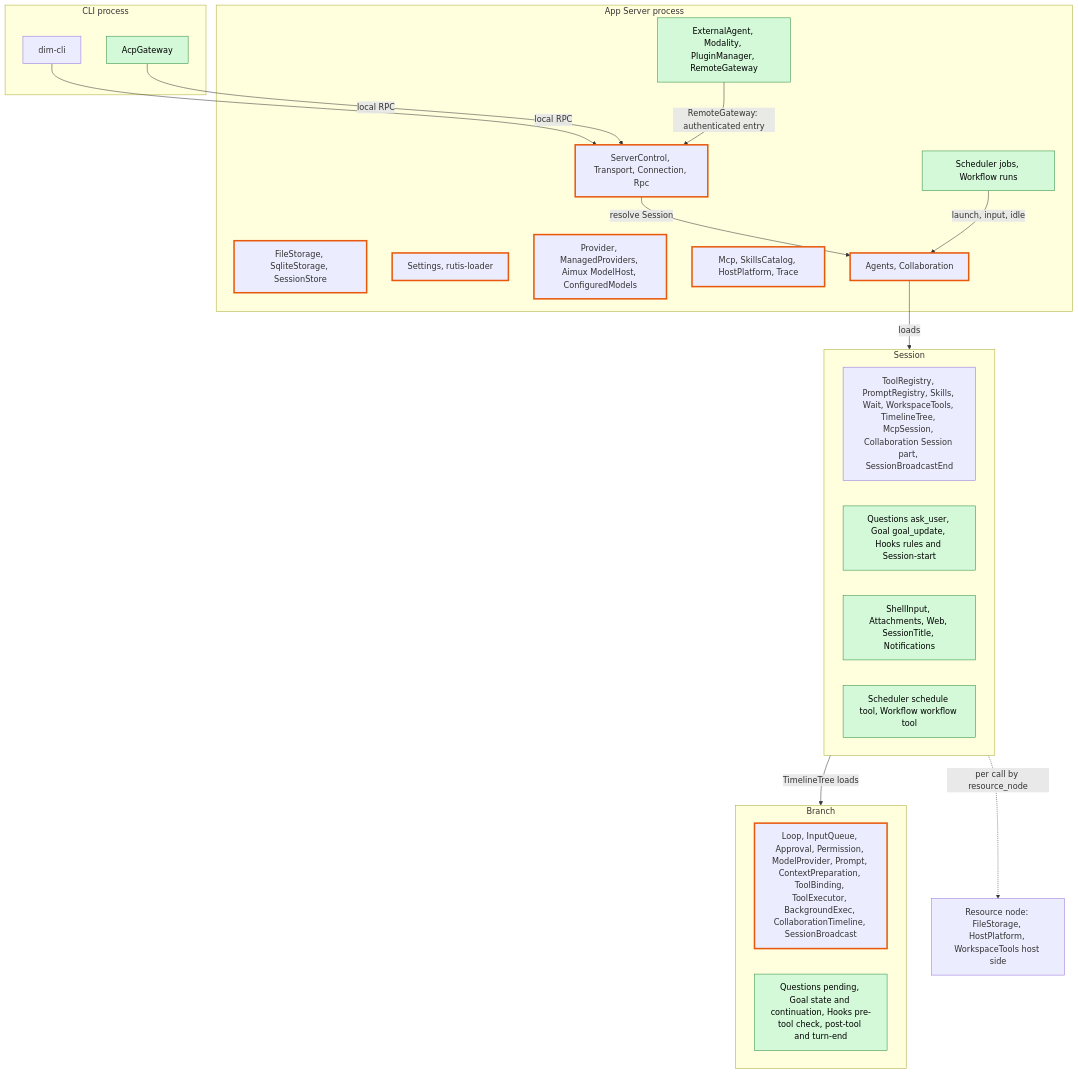
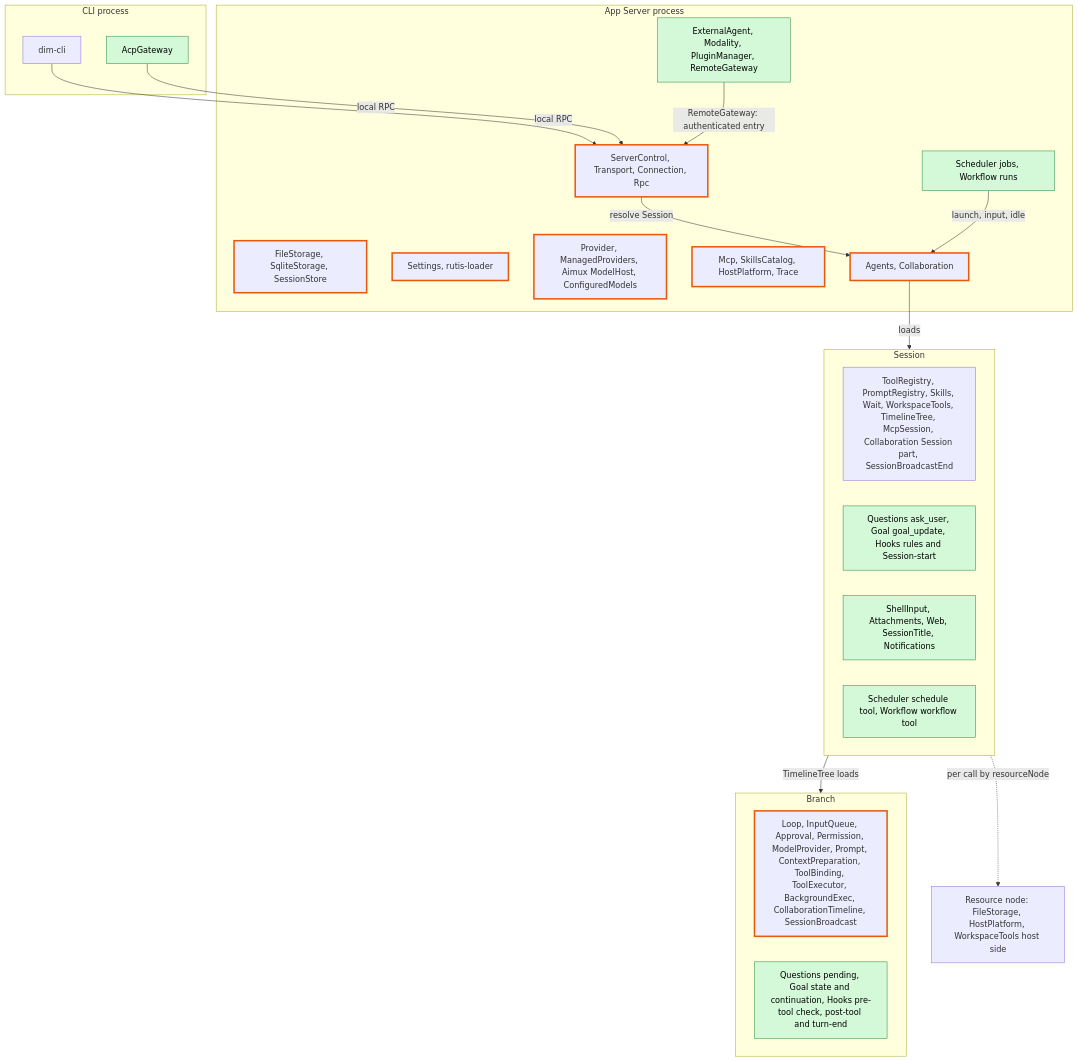
One commit to CoutinhoTTS/dim-agent changed the first of 8 diagrams in docs/design/overview.md. Above: the diagram before and after it, drawn with Mermaid. The commit also changed other lines of this file and 12 other files, not shown here.

````diff
--- a/docs/design/overview.md
+++ b/docs/design/overview.md
@@ -25,40 +25,40 @@
 ```mermaid
 flowchart TB
   classDef new fill:#d3f9d8,stroke:#2b8a3e,color:#000
   classDef changed stroke:#e8590c,stroke-width:3px
 
   subgraph CLIP["CLI process"]
     cli["dim-cli"]
     acp["AcpGateway"]:::new
   end
   subgraph PROC["App Server process"]
     entry["ServerControl, Transport, Connection, Rpc"]:::changed
     store["FileStorage, SqliteStorage, SessionStore"]:::changed
     cfg["Settings, rutis-loader"]:::changed
     models["Provider, ManagedProviders, Aimux ModelHost, ConfiguredModels"]:::changed
     cat["Mcp, SkillsCatalog, HostPlatform, Trace"]:::changed
     agents["Agents, Collaboration"]:::changed
     pnew["Scheduler jobs, Workflow runs"]:::new
     pext["ExternalAgent, Modality, PluginManager, RemoteGateway"]:::new
   end
   subgraph SES["Session"]
     sexist["ToolRegistry, PromptRegistry, Skills, Wait, WorkspaceTools, TimelineTree, McpSession, Collaboration Session part, SessionBroadcastEnd"]
     snew1["Questions ask_user, Goal goal_update, Hooks rules and Session-start"]:::new
     snew2["ShellInput, Attachments, Web, SessionTitle, Notifications"]:::new
     snew3["Scheduler schedule tool, Workflow workflow tool"]:::new
   end
   subgraph BR["Branch"]
     bexist["Loop, InputQueue, Approval, Permission, ModelProvider, Prompt, ContextPreparation, ToolBinding, ToolExecutor, BackgroundExec, CollaborationTimeline, SessionBroadcast"]:::changed
     bnew["Questions pending, Goal state and continuation, Hooks pre-tool check, post-tool and turn-end"]:::new
   end
   rn["Resource node: FileStorage, HostPlatform, WorkspaceTools host side"]
 
   cli -->|"local RPC"| entry
   acp -->|"local RPC"| entry
   pext -->|"RemoteGateway: authenticated entry"| entry
   entry -->|"resolve Session"| agents
   agents -->|"loads"| SES
   SES -->|"TimelineTree loads"| BR
   pnew -->|"launch, input, idle"| agents
-  SES -.->|"per call by resource_node"| rn
+  SES -.->|"per call by resourceNode"| rn
 ```
````
